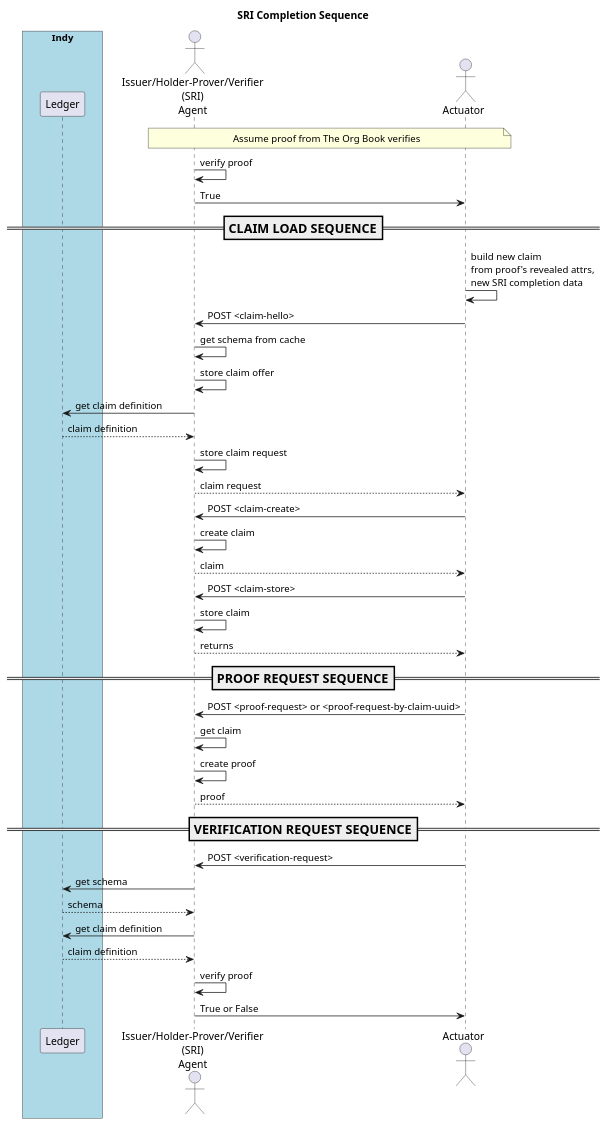
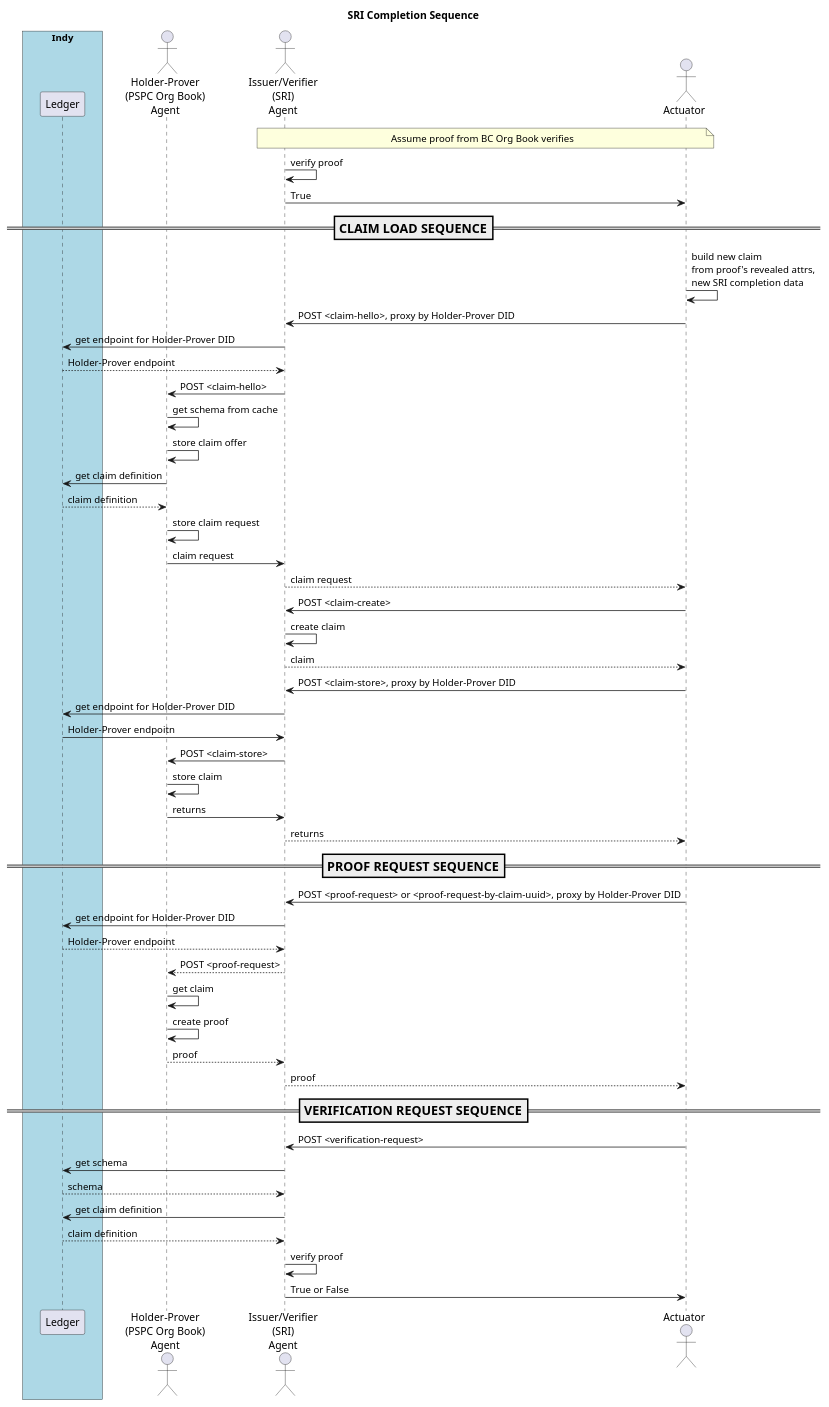
One commit to PSPC-SPAC-buyandsell/von_base changed the diagram in doc/pic/src/sri-completion.puml. Above: the diagram before and after it, drawn with PlantUML. The commit also changed 14 other files, not shown here.

Commit message:
document launch of pspc org book agent from sri agent, code changes accordingly

```diff
--- a/doc/pic/src/sri-completion.puml
+++ b/doc/pic/src/sri-completion.puml
@@ -1,70 +1,83 @@
 @startuml
 /'
 Copyright 2017 Government of Canada - Public Services and Procurement Canada - buyandsell.gc.ca
 
 Licensed under the Apache License, Version 2.0 (the "License");
 you may not use this file except in compliance with the License.
 You may obtain a copy of the License at
 
 http://www.apache.org/licenses/LICENSE-2.0
 
 Unless required by applicable law or agreed to in writing, software
 distributed under the License is distributed on an "AS IS" BASIS,
 WITHOUT WARRANTIES OR CONDITIONS OF ANY KIND, either express or implied.
 See the License for the specific language governing permissions and
 limitations under the License.
 '/
 
 skinparam ParticipantPadding 20
 skinparam BoxPadding 20
 
 title SRI Completion Sequence
 
 box "Indy" #LightBlue
     participant "Ledger" as ledger
 endbox
 
-actor "Issuer/Holder-Prover/Verifier\n(SRI)\nAgent" as sag
+actor "Holder-Prover\n(PSPC Org Book)\nAgent" as obag
+actor "Issuer/Verifier\n(SRI)\nAgent" as sag
 actor "Actuator" as ator
 
 note over sag, ator
-Assume proof from The Org Book verifies
+Assume proof from BC Org Book verifies
 endnote
 
 sag -> sag: verify proof
 sag -> ator: True
 
 === CLAIM LOAD SEQUENCE ==
 ator -> ator: build new claim\nfrom proof's revealed attrs,\nnew SRI completion data
 
-ator -> sag: POST <claim-hello>
-sag -> sag: get schema from cache
-sag -> sag: store claim offer
-sag -> ledger: get claim definition
-ledger --> sag: claim definition
-sag -> sag: store claim request
+ator -> sag: POST <claim-hello>, proxy by Holder-Prover DID
+sag -> ledger: get endpoint for Holder-Prover DID
+ledger --> sag: Holder-Prover endpoint
+sag -> obag: POST <claim-hello>
+obag -> obag: get schema from cache
+obag -> obag: store claim offer
+obag -> ledger: get claim definition
+ledger --> obag: claim definition
+obag -> obag: store claim request
+obag -> sag: claim request
 sag --> ator: claim request
 
 ator -> sag: POST <claim-create>
 sag -> sag: create claim
 sag --> ator: claim
-ator -> sag: POST <claim-store>
-sag -> sag: store claim
+ator -> sag: POST <claim-store>, proxy by Holder-Prover DID
+sag -> ledger: get endpoint for Holder-Prover DID
+ledger -> sag: Holder-Prover endpoitn
+sag -> obag: POST <claim-store>
+obag -> obag: store claim
+obag -> sag: returns
 sag --> ator: returns
  
 === PROOF REQUEST SEQUENCE ==
-ator -> sag: POST <proof-request> or <proof-request-by-claim-uuid>
-sag -> sag: get claim
-sag -> sag: create proof
+ator -> sag: POST <proof-request> or <proof-request-by-claim-uuid>, proxy by Holder-Prover DID
+sag -> ledger: get endpoint for Holder-Prover DID
+ledger --> sag: Holder-Prover endpoint
+sag --> obag: POST <proof-request>
+obag -> obag: get claim
+obag -> obag: create proof
+obag --> sag: proof
 sag --> ator: proof
 
 === VERIFICATION REQUEST SEQUENCE ==
 ator -> sag: POST <verification-request>
 sag -> ledger: get schema
 ledger --> sag: schema
 sag -> ledger: get claim definition
 ledger --> sag: claim definition
 sag -> sag: verify proof
 sag -> ator: True or False
 
 @enduml
```
